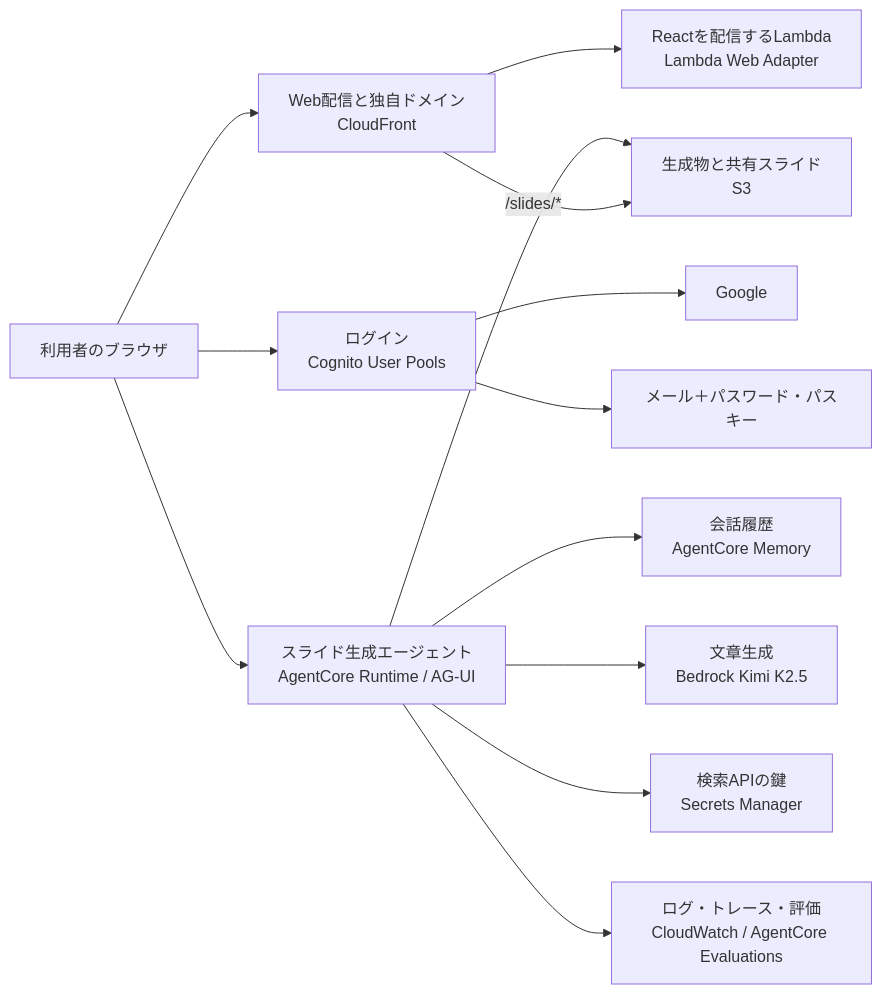
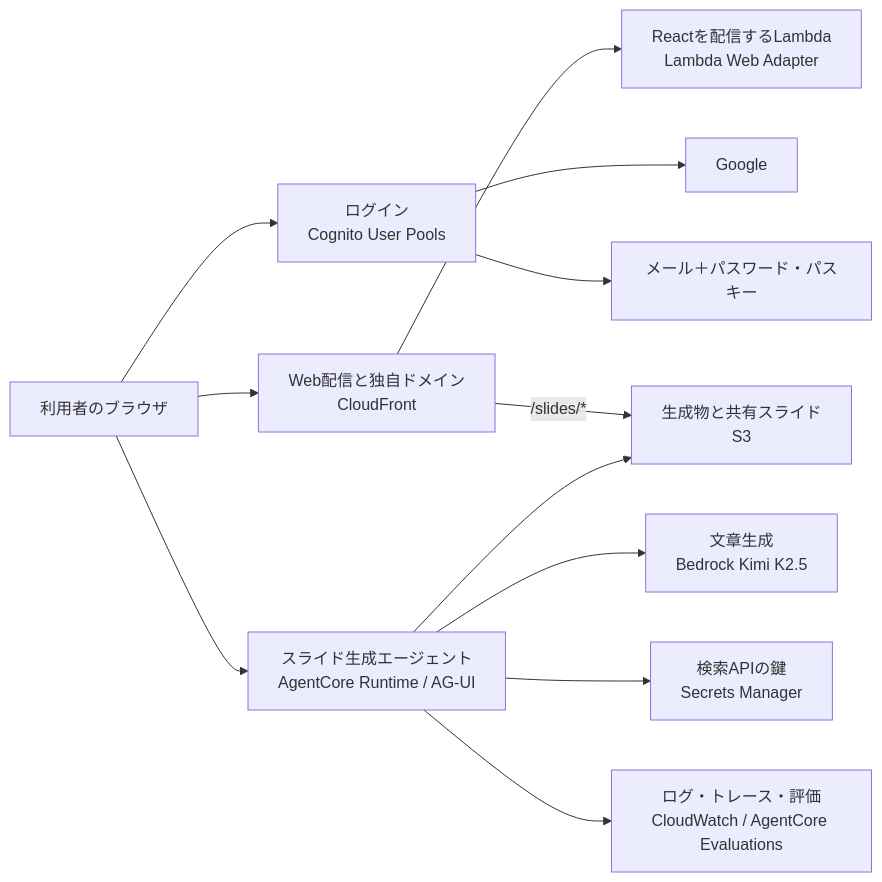
One commit to minorun365/marp-agent changed the diagram in docs/migration-architecture.md. Above: the diagram before and after it, drawn with Mermaid. The commit also changed other lines of this file and 11 other files, not shown here.

````diff
--- a/docs/migration-architecture.md
+++ b/docs/migration-architecture.md
@@ -31,15 +31,14 @@
 ```mermaid
 flowchart LR
     U["利用者のブラウザ"] --> CF["Web配信と独自ドメイン<br>CloudFront"]
     CF --> WL["Reactを配信するLambda<br>Lambda Web Adapter"]
     U --> COG["ログイン<br>Cognito User Pools"]
     COG --> GOOGLE["Google"]
     COG --> MAIL["メール＋パスワード・パスキー"]
     U --> AC["スライド生成エージェント<br>AgentCore Runtime / AG-UI"]
-    AC --> MEM["会話履歴<br>AgentCore Memory"]
     AC --> BR["文章生成<br>Bedrock Kimi K2.5"]
     AC --> SEC["検索APIの鍵<br>Secrets Manager"]
     AC --> ART["生成物と共有スライド<br>S3"]
     CF -->|"/slides/*"| ART
     AC --> OBS["ログ・トレース・評価<br>CloudWatch / AgentCore Evaluations"]
 ```
````
